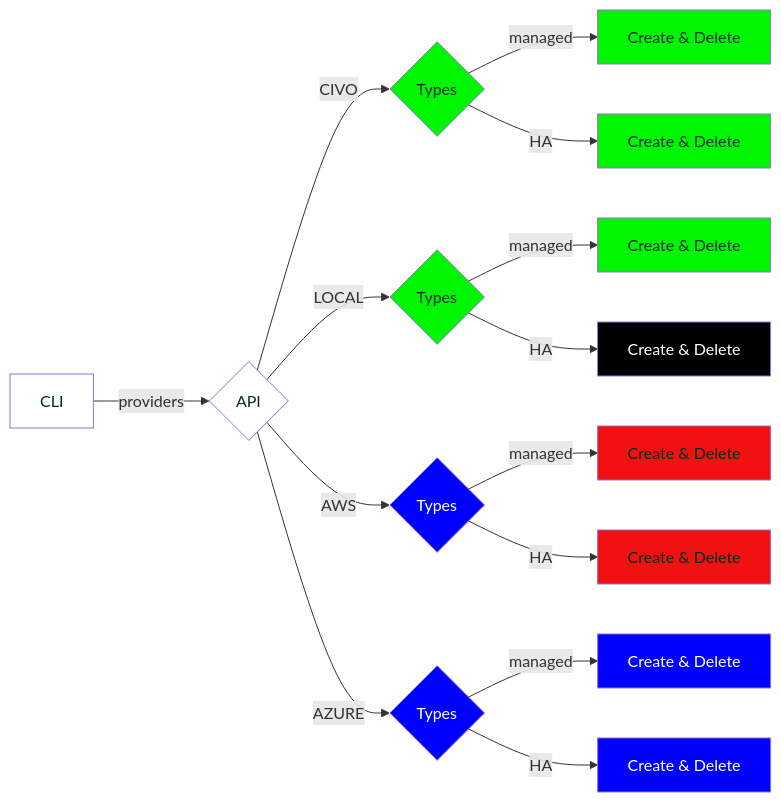
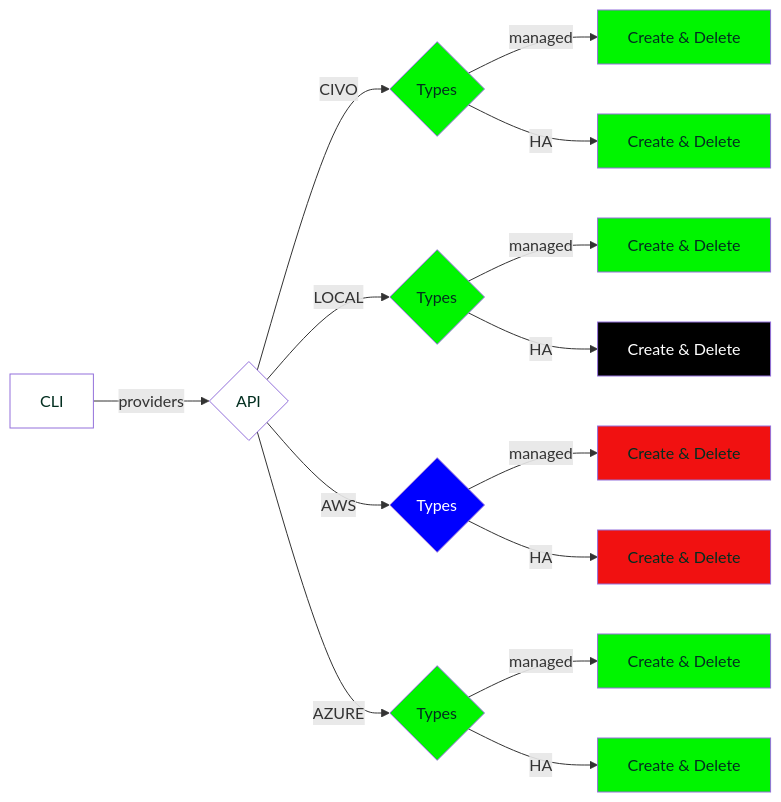
Before and after one commit to ksctl/ksctl: the diagram in README.md, drawn with Mermaid. The commit also changed other lines of this file and 38 other files, not shown here.

````diff
--- a/README.md
+++ b/README.md
@@ -120,26 +121,26 @@
 ```mermaid
 flowchart LR;
   classDef green color:#022e1f,fill:#00f500;
   classDef red color:#022e1f,fill:#f11111;
   classDef white color:#022e1f,fill:#fff;
   classDef black color:#fff,fill:#000;
   classDef blue color:#fff,fill:#00f;
 
   XX[CLI]:::white--providers-->web{API};
   web:::white--CIVO-->civo{Types};
   civo:::green--managed-->civom[Create & Delete]:::green;
   civo--HA-->civoha[Create & Delete]:::green;
 
   web--LOCAL-->local{Types};
   local:::green--managed-->localm[Create & Delete]:::green;
   local--HA-->localha[Create & Delete]:::black;
 
   web--AWS-->aws{Types};
   aws:::blue--managed-->awsm[Create & Delete]:::red;
   aws--HA-->awsha[Create & Delete]:::red;
   
   web--AZURE-->az{Types};
-  az:::blue--managed-->azsm[Create & Delete]:::blue;
-  az--HA-->azha[Create & Delete]:::blue;
+  az:::green--managed-->azsm[Create & Delete]:::green;
+  az--HA-->azha[Create & Delete]:::green;
 
 ```
````
